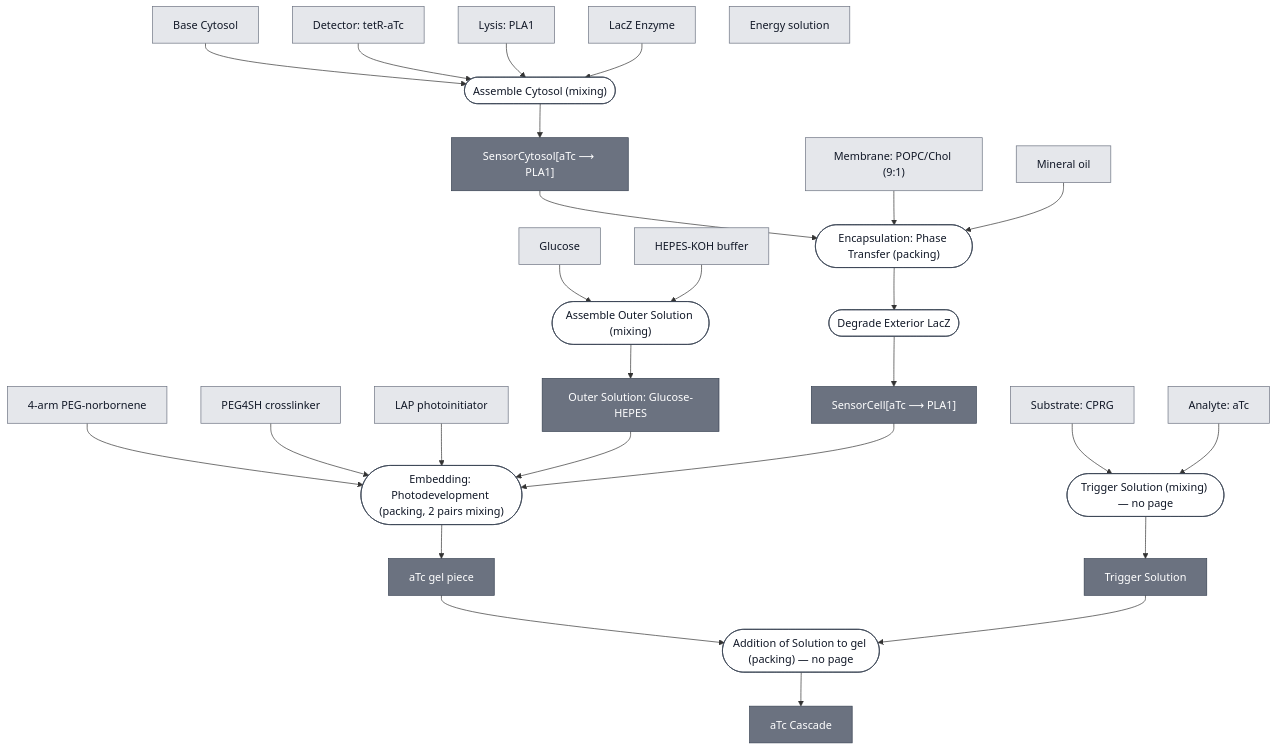
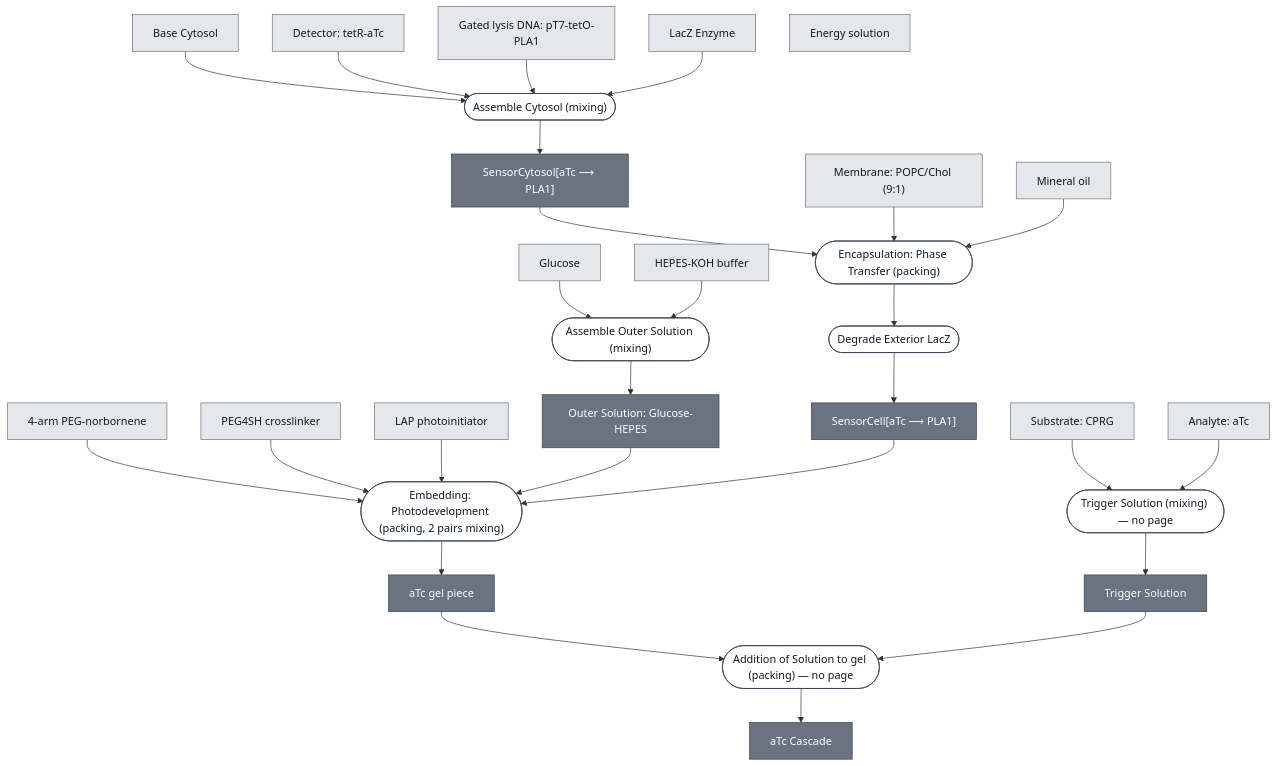
The diagram in docs/modules/atc-cascade/spec.md (nucleus-eng/nucleus-docs), drawn with Mermaid before and after one commit. The commit also changed 22 other files, not shown here.

```diff
--- a/docs/modules/atc-cascade/spec.md
+++ b/docs/modules/atc-cascade/spec.md
@@ -35,7 +35,7 @@
 flowchart TD
     BASE_CYTOSOL["Base Cytosol"]
     DETECTOR_TETR_ATC["Detector: tetR-aTc"]
-    EFFECTOR_PLA1["Lysis: PLA1"]
+    EFFECTOR_PLA1_TETO["Gated lysis DNA: pT7-tetO-PLA1"]
     REPORTER_LACZ_ENZYME["LacZ Enzyme"]
     MEMBRANE_CHICAGO["Membrane: POPC/Chol (9:1)"]
     SUBSTRATE_CPRG["Substrate: CPRG"]
@@ -68,7 +68,7 @@
 
     BASE_CYTOSOL --> P2_ASSEMBLE_CYTOSOL_0
     DETECTOR_TETR_ATC --> P2_ASSEMBLE_CYTOSOL_0
-    EFFECTOR_PLA1 --> P2_ASSEMBLE_CYTOSOL_0
+    EFFECTOR_PLA1_TETO --> P2_ASSEMBLE_CYTOSOL_0
     REPORTER_LACZ_ENZYME --> P2_ASSEMBLE_CYTOSOL_0
     P2_ASSEMBLE_CYTOSOL_0 --> ATC_SENSOR_CYTOSOL
 
@@ -97,13 +97,12 @@
     classDef leaf     fill:#e5e7eb,stroke:#6b7280,color:#111827;
     classDef composed fill:#6b7280,stroke:#374151,color:#ffffff;
     classDef process  fill:#ffffff,stroke:#374151,color:#111827;
-    class BASE_CYTOSOL,DETECTOR_TETR_ATC,EFFECTOR_PLA1,REPORTER_LACZ_ENZYME,MEMBRANE_CHICAGO,SUBSTRATE_CPRG,MINERAL_OIL,ANALYTE_ATC,GLUCOSE,HEPES_KOH,ENERGY_SOLUTION,PEG_NORBORNENE_MONOMER,PEG4SH,LAP leaf;
+    class BASE_CYTOSOL,DETECTOR_TETR_ATC,EFFECTOR_PLA1_TETO,REPORTER_LACZ_ENZYME,MEMBRANE_CHICAGO,SUBSTRATE_CPRG,MINERAL_OIL,ANALYTE_ATC,GLUCOSE,HEPES_KOH,ENERGY_SOLUTION,PEG_NORBORNENE_MONOMER,PEG4SH,LAP leaf;
     class OUTER_SOLUTION_GLUCOSE_HEPES,ATC_SENSOR_CYTOSOL,ATC_SENSING_CELL,ATC_GEL,ATC_TRIGGER_SOLUTION,ATC_CASCADE composed;
     class P1_ASSEMBLE_OUTER_SOLUTION_0,P2_ASSEMBLE_CYTOSOL_0,P3_ENCAPSULATE_0,P3_ENCAPSULATE_1,P4_EMBED_PHOTODEVELOPMENT_0,P5_ASSEMBLE_TRIGGER_SOLUTION_0,P6_DOSE_TRIGGER_SOLUTION_0 process;
 
     click BASE_CYTOSOL "/docs/modules/base-cytosol/spec"
     click DETECTOR_TETR_ATC "/docs/modules/detector-tetr-atc/spec"
-    click EFFECTOR_PLA1 "/docs/modules/effector-pla1/spec"
     click REPORTER_LACZ_ENZYME "/docs/modules/reporter-lacz-enzyme/spec"
     click MEMBRANE_CHICAGO "/docs/modules/membrane-popc-chol-9-1/spec"
     click SUBSTRATE_CPRG "/docs/modules/substrate-cprg/spec"
```
